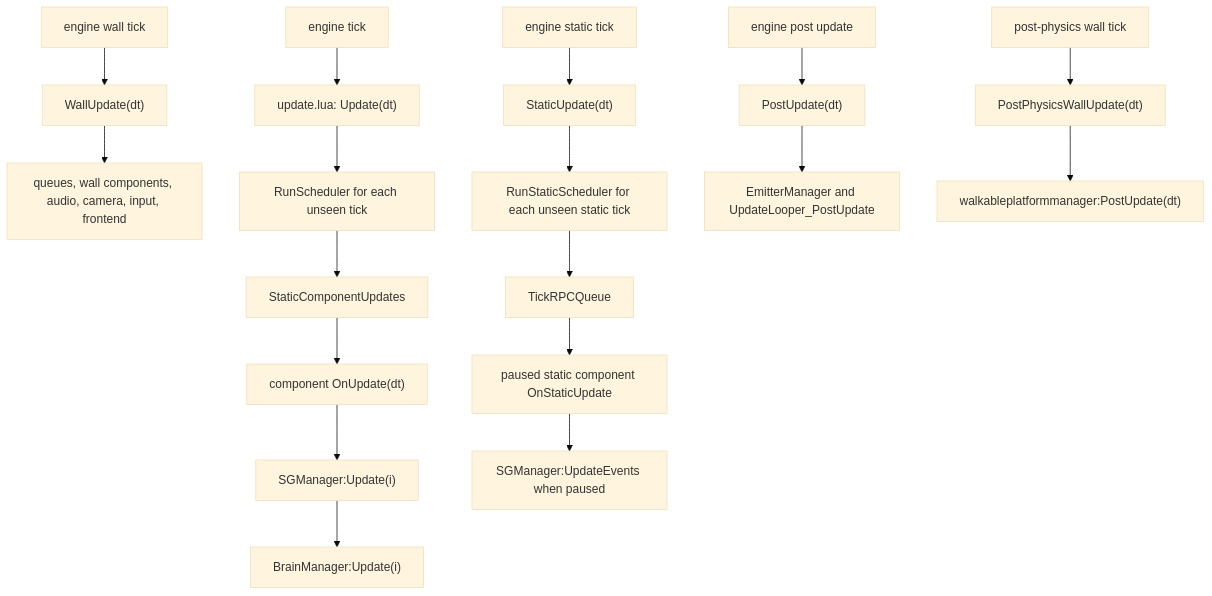
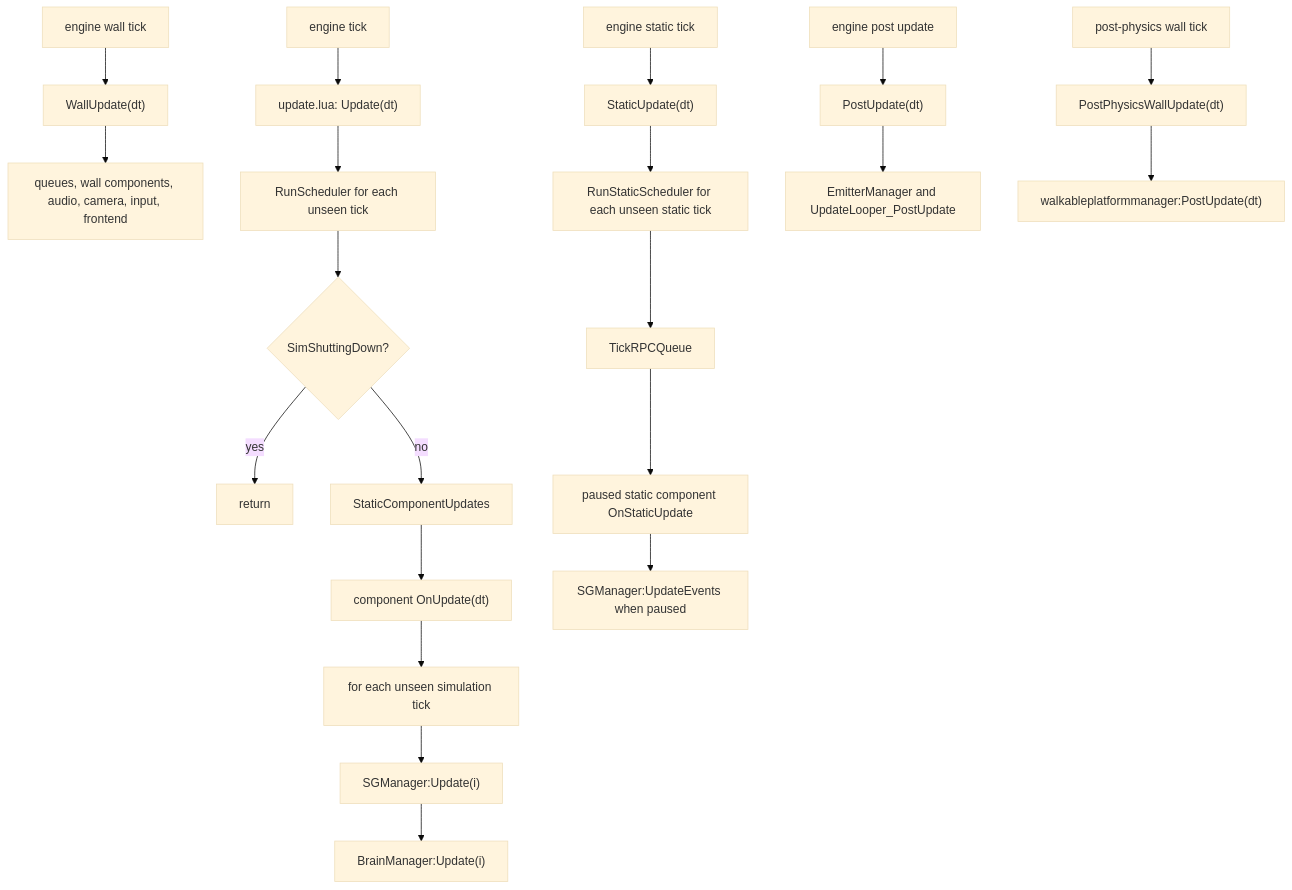
The diagram in dst-scripts/index/0x2000-runtime/0x2100-boot-loop/0x2102-main-loop.md (LetsStarveTogether/dst-server), drawn with Mermaid (base theme) before and after one commit. The commit also changed other lines of this file and 9 other files, not shown here.

```diff
--- a/dst-scripts/index/0x2000-runtime/0x2100-boot-loop/0x2102-main-loop.md
+++ b/dst-scripts/index/0x2000-runtime/0x2100-boot-loop/0x2102-main-loop.md
@@ -38,20 +38,23 @@
 ~~~mermaid
 flowchart TD
     Q["engine wall tick"] --> R["WallUpdate(dt)"]
     R --> S["queues, wall components, audio, camera, input, frontend"]
     A["engine tick"] --> B["update.lua: Update(dt)"]
     B --> C["RunScheduler for each unseen tick"]
-    C --> D["StaticComponentUpdates"]
+    C --> CC{"SimShuttingDown?"}
+    CC -->|yes| CD["return"]
+    CC -->|no| D["StaticComponentUpdates"]
     D --> E["component OnUpdate(dt)"]
-    E --> F["SGManager:Update(i)"]
+    E --> EE["for each unseen simulation tick"]
+    EE --> F["SGManager:Update(i)"]
     F --> G["BrainManager:Update(i)"]
     H["engine static tick"] --> I["StaticUpdate(dt)"]
     I --> J["RunStaticScheduler for each unseen static tick"]
     J --> K["TickRPCQueue"]
     K --> L["paused static component OnStaticUpdate"]
     L --> M["SGManager:UpdateEvents when paused"]
     N["engine post update"] --> O["PostUpdate(dt)"]
     O --> P["EmitterManager and UpdateLooper_PostUpdate"]
     T["post-physics wall tick"] --> U["PostPhysicsWallUpdate(dt)"]
     U --> V["walkableplatformmanager:PostUpdate(dt)"]
 ~~~
```
